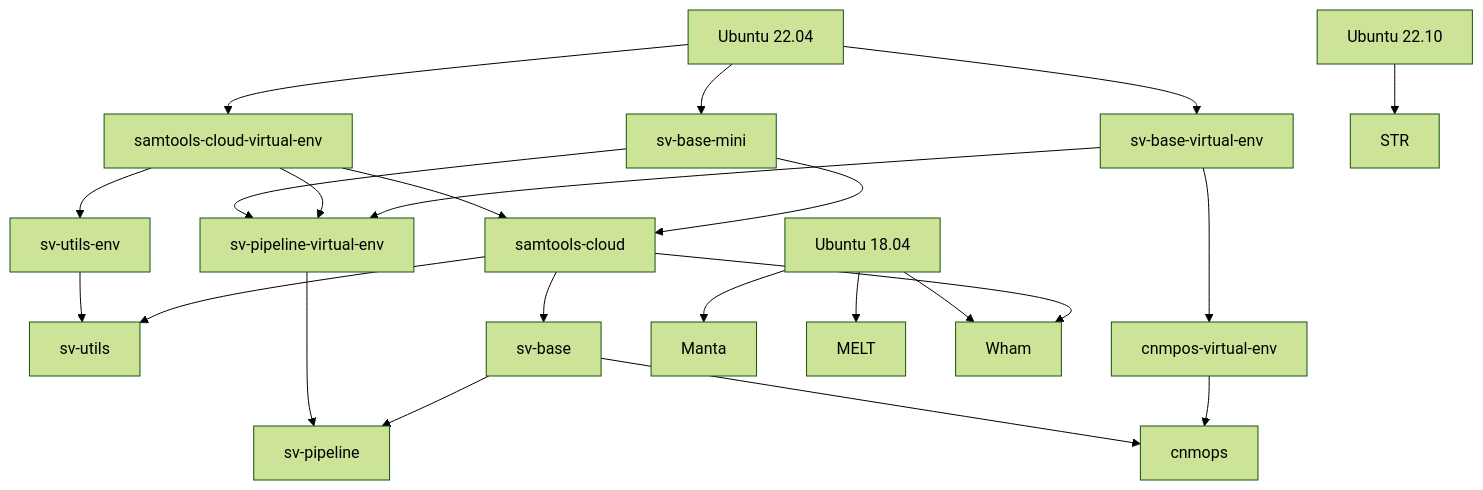
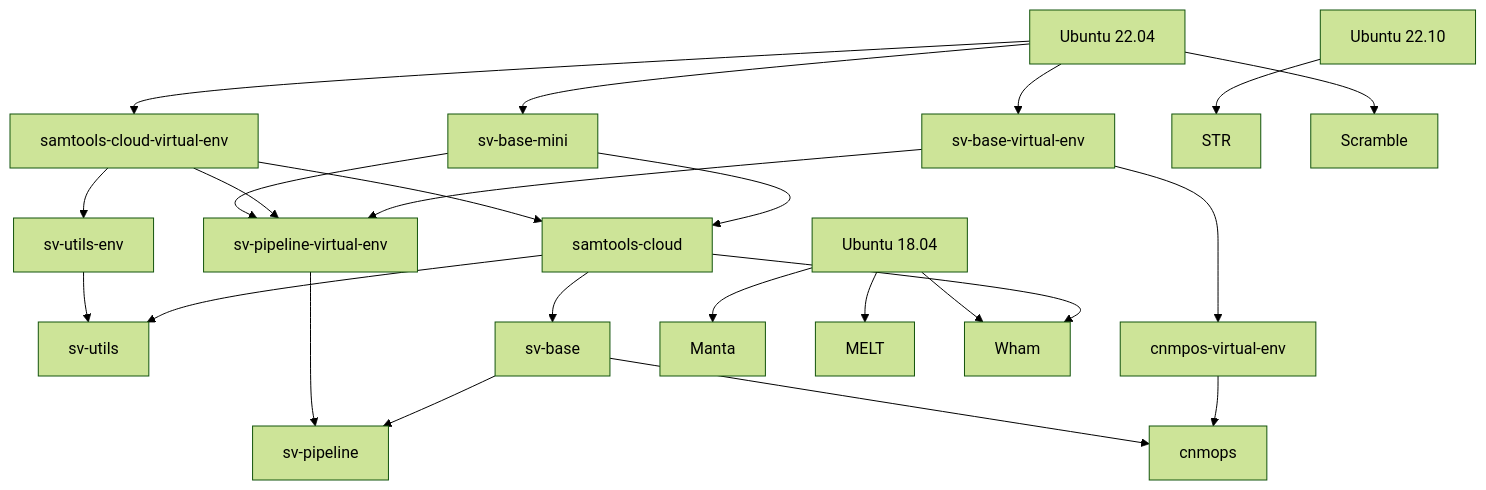
One commit to broadinstitute/gatk-sv changed the diagram in website/docs/advanced/docker/images.md. Above: the diagram before and after it, drawn with Mermaid (forest theme). The commit also changed other lines of this file and 1 other file, not shown here.

Commit message:
Update docs to include the Scramble docker image.

````diff
--- a/website/docs/advanced/docker/images.md
+++ b/website/docs/advanced/docker/images.md
@@ -30,16 +30,17 @@
 ```mermaid
 flowchart TD
-    ubuntu22[Ubuntu 22.04] --> svbasemini[sv-base-mini] & samtoolsenv[samtools-cloud-virtual-env] & svbaseenv[sv-base-virtual-env]
+    ubuntu2204[Ubuntu 22.04] --> svbasemini[sv-base-mini] & samtoolsenv[samtools-cloud-virtual-env] & svbaseenv[sv-base-virtual-env]
     svbasemini & samtoolsenv & svbaseenv --> svpipelineenv[sv-pipeline-virtual-env]
     samtoolsenv --> samtoolscloud[samtools-cloud] & svutilsenv[sv-utils-env]
     svbasemini --> samtoolscloud
     svutilsenv --> svutils[sv-utils]
     samtoolscloud --> svutils & svbase[sv-base]
     svpipelineenv & svbase --> svpipeline[sv-pipeline]
     svbaseenv --> cnmopsenv[cnmpos-virtual-env]
     svbase & cnmopsenv --> cnmpos[cnmops]
 
-    ubuntu18[Ubuntu 18.04] --> manta[Manta] & melt[MELT] & wham[Wham]
+    ubuntu1804[Ubuntu 18.04] --> manta[Manta] & melt[MELT] & wham[Wham]
     samtoolscloud --> wham
     ubuntu2210[Ubuntu 22.10] --> str[STR]
+    ubuntu2204 --> scramble[Scramble]
 ```
````
